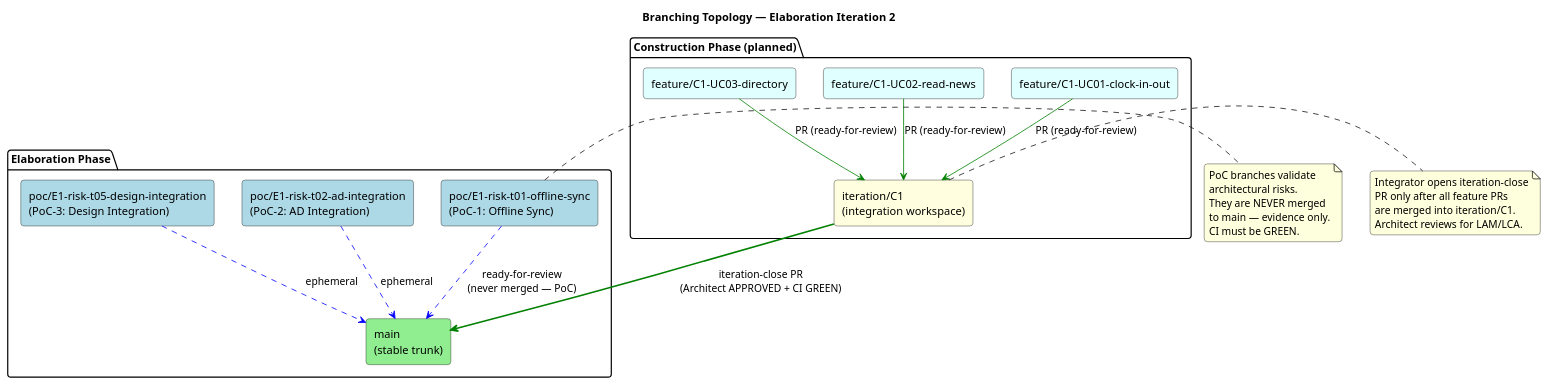
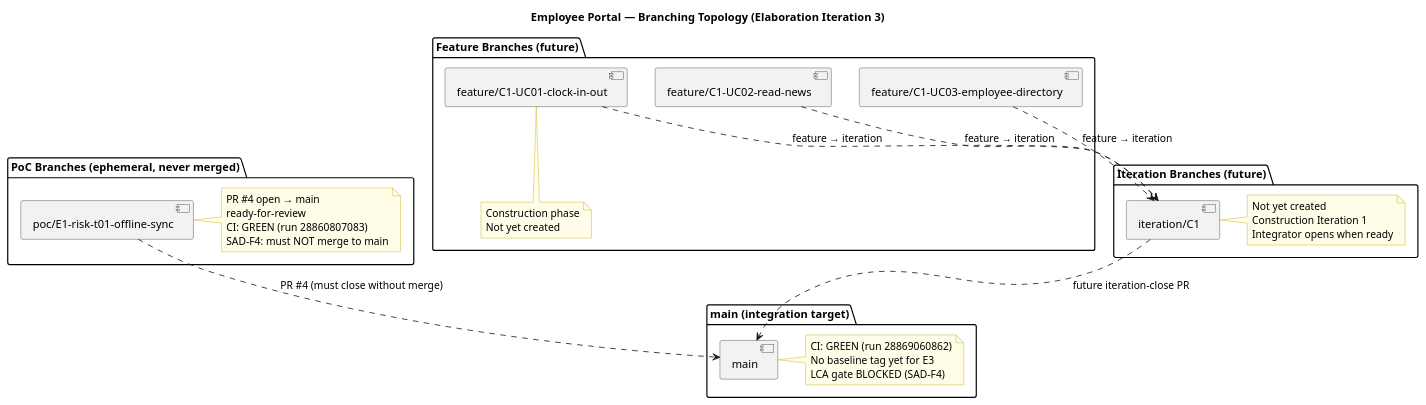
The first of 3 diagrams in docs/BRANCHING_STRATEGY.md (banense-test/demo-janke-lab), drawn with PlantUML before and after one commit. The commit also changed other lines of this file, not shown here.

First line of the commit message:
chore: update BRANCHING_STRATEGY.md for Elaboration Iteration 3

````diff
--- a/docs/BRANCHING_STRATEGY.md
+++ b/docs/BRANCHING_STRATEGY.md
@@ -66,50 +65,42 @@
 ```plantuml
 @startuml
-title Branching Topology — Elaboration Iteration 2
-
-skinparam componentStyle rectangle
-skinparam shadowing false
-skinparam roundCorner 8
-
-package "Elaboration Phase" {
-  component "main\n(stable trunk)" as MAIN #LightGreen
-  component "poc/E1-risk-t01-offline-sync\n(PoC-1: Offline Sync)" as POC1 #LightBlue
-  component "poc/E1-risk-t02-ad-integration\n(PoC-2: AD Integration)" as POC2 #LightBlue
-  component "poc/E1-risk-t05-design-integration\n(PoC-3: Design Integration)" as POC3 #LightBlue
+title Employee Portal — Branching Topology (Elaboration Iteration 3)
+skinparam component {
+  BackgroundColor #F2F2F2
+  BorderColor #333333
+}
+skinparam note {
+  BackgroundColor #FFFDE7
+  BorderColor #BFA600
 }
 
-package "Construction Phase (planned)" {
-  component "iteration/C1\n(integration workspace)" as ITER_C1 #LightYellow
-  component "feature/C1-UC01-clock-in-out" as FEAT_UC01 #LightCyan
-  component "feature/C1-UC02-read-news" as FEAT_UC02 #LightCyan
-  component "feature/C1-UC03-directory" as FEAT_UC03 #LightCyan
+package "main (integration target)" {
+  [main] as MAIN
+  note right of MAIN: CI: GREEN (run 28869060862)\nNo baseline tag yet for E3\nLCA gate BLOCKED (SAD-F4)
 }
 
-' Elaboration PoC branches — ephemeral, never merged to main
-POC1 -[#blue,dashed]-> MAIN : "ready-for-review\n(never merged — PoC)"
-POC2 -[#blue,dashed]-> MAIN : "ephemeral"
-POC3 -[#blue,dashed]-> MAIN : "ephemeral"
+package "PoC Branches (ephemeral, never merged)" {
+  [poc/E1-risk-t01-offline-sync] as POC1
+  note right of POC1: PR #4 open → main\nready-for-review\nCI: GREEN (run 28860807083)\nSAD-F4: must NOT merge to main
+}
 
-' Construction feature branches → iteration branch → main
-FEAT_UC01 -[#green]-> ITER_C1 : "PR (ready-for-review)"
-FEAT_UC02 -[#green]-> ITER_C1 : "PR (ready-for-review)"
-FEAT_UC03 -[#green]-> ITER_C1 : "PR (ready-for-review)"
-ITER_C1 -[#green,bold]-> MAIN : "iteration-close PR\n(Architect APPROVED + CI GREEN)"
+package "Iteration Branches (future)" {
+  [iteration/C1] as ITER_C1
+  note right of ITER_C1: Not yet created\nConstruction Iteration 1\nIntegrator opens when ready
+}
 
-note right of POC1
-  PoC branches validate
-  architectural risks.
-  They are NEVER merged
-  to main — evidence only.
-  CI must be GREEN.
-end note
+package "Feature Branches (future)" {
+  [feature/C1-UC01-clock-in-out] as FEAT1
+  [feature/C1-UC02-read-news] as FEAT2
+  [feature/C1-UC03-employee-directory] as FEAT3
+  note bottom of FEAT1: Construction phase\nNot yet created
+}
 
-note right of ITER_C1
-  Integrator opens iteration-close
-  PR only after all feature PRs
-  are merged into iteration/C1.
-  Architect reviews for LAM/LCA.
-end note
+POC1 ..> MAIN : PR #4 (must close without merge)
+ITER_C1 ..> MAIN : future iteration-close PR
+FEAT1 ..> ITER_C1 : feature → iteration
+FEAT2 ..> ITER_C1 : feature → iteration
+FEAT3 ..> ITER_C1 : feature → iteration
 
 @enduml
 ```
````
